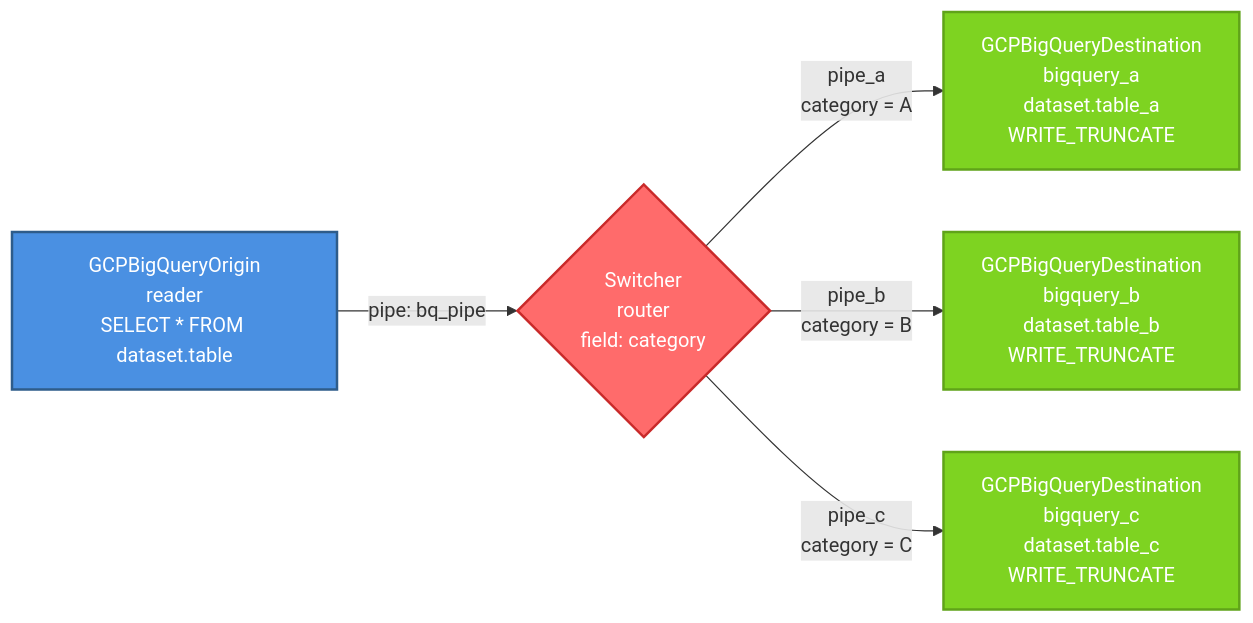
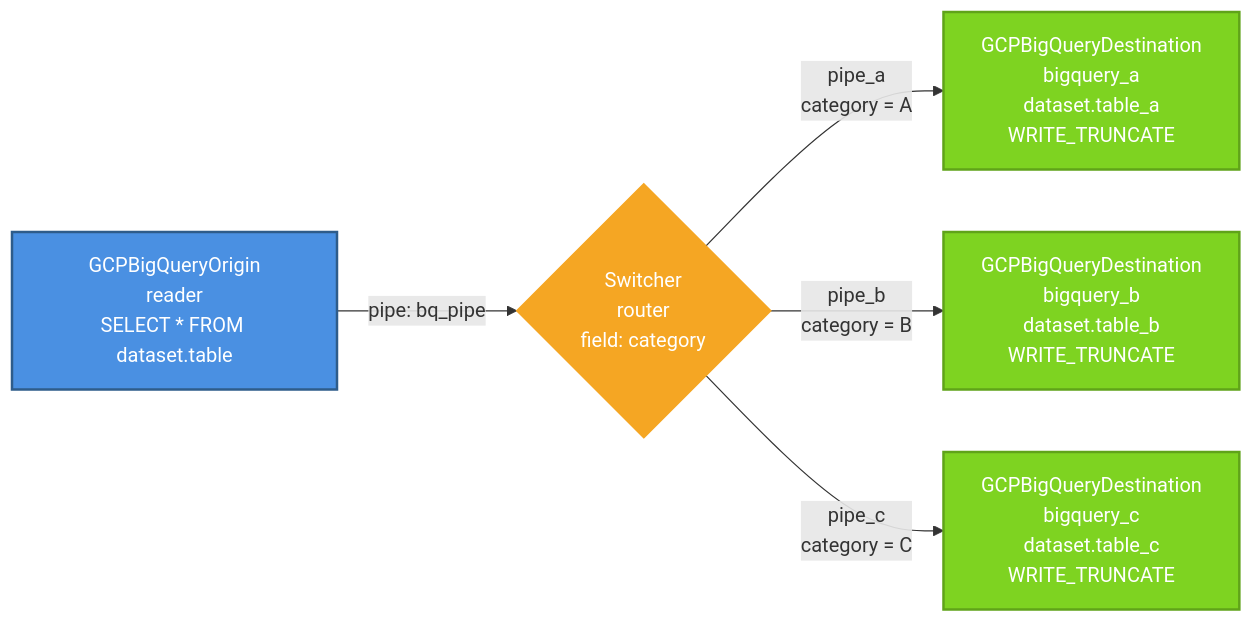
One commit to bernardo-colorado-dubois/open-stage changed the fourth of 4 diagrams in README.md. Above: the diagram before and after it, drawn with Mermaid.

Commit message:
agregando diagramas en ejemplos de markdown

````diff
--- a/README.md
+++ b/README.md
@@ -350,18 +350,18 @@
 ```mermaid
 graph LR
     A[GCPBigQueryOrigin<br/>reader<br/>SELECT * FROM dataset.table] -->|pipe: bq_pipe| B{Switcher<br/>router<br/>field: category}
     
     B -->|pipe_a<br/>category = A| C[GCPBigQueryDestination<br/>bigquery_a<br/>dataset.table_a<br/>WRITE_TRUNCATE]
     B -->|pipe_b<br/>category = B| D[GCPBigQueryDestination<br/>bigquery_b<br/>dataset.table_b<br/>WRITE_TRUNCATE]
     B -->|pipe_c<br/>category = C| E[GCPBigQueryDestination<br/>bigquery_c<br/>dataset.table_c<br/>WRITE_TRUNCATE]
     
     style A fill:#4A90E2,stroke:#2E5C8A,stroke-width:2px,color:#fff
-    style B fill:#FF6B6B,stroke:#C92A2A,stroke-width:2px,color:#fff
+    style B fill:#F5A623,stroke:#F5A623,stroke-width:2px,color:#fff
     style C fill:#7ED321,stroke:#5FA319,stroke-width:2px,color:#fff
     style D fill:#7ED321,stroke:#5FA319,stroke-width:2px,color:#fff
     style E fill:#7ED321,stroke:#5FA319,stroke-width:2px,color:#fff
     
     classDef origin fill:#4A90E2,stroke:#2E5C8A,stroke-width:2px,color:#fff
-    classDef router fill:#FF6B6B,stroke:#C92A2A,stroke-width:2px,color:#fff
+    classDef router fill:#F5A623,stroke:#F5A623,stroke-width:2px,color:#fff
     classDef destination fill:#7ED321,stroke:#5FA319,stroke-width:2px,color:#fff
 ```
````
